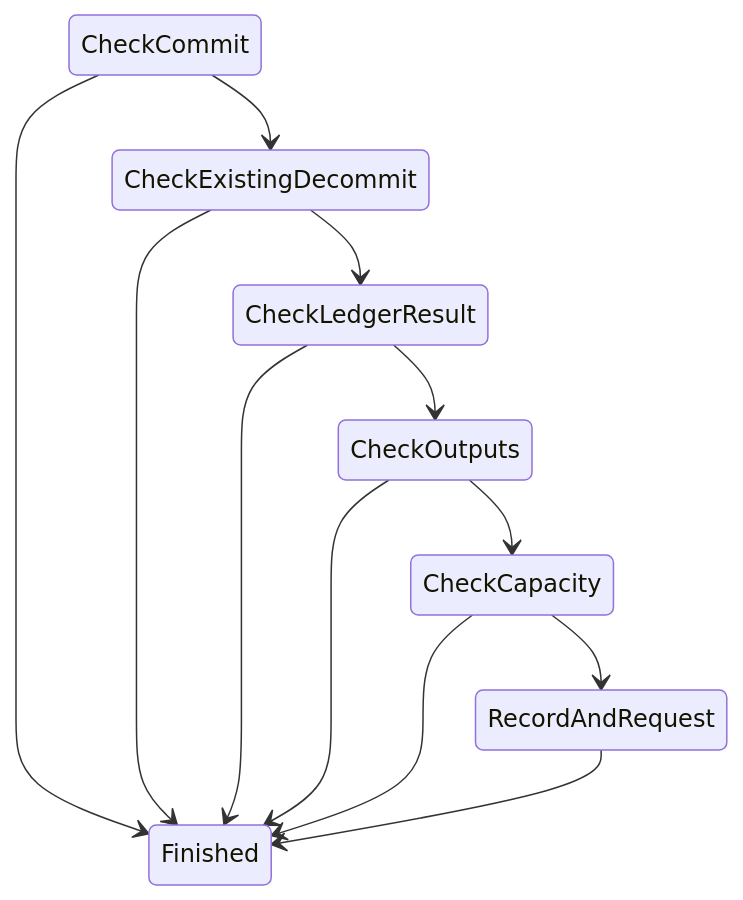
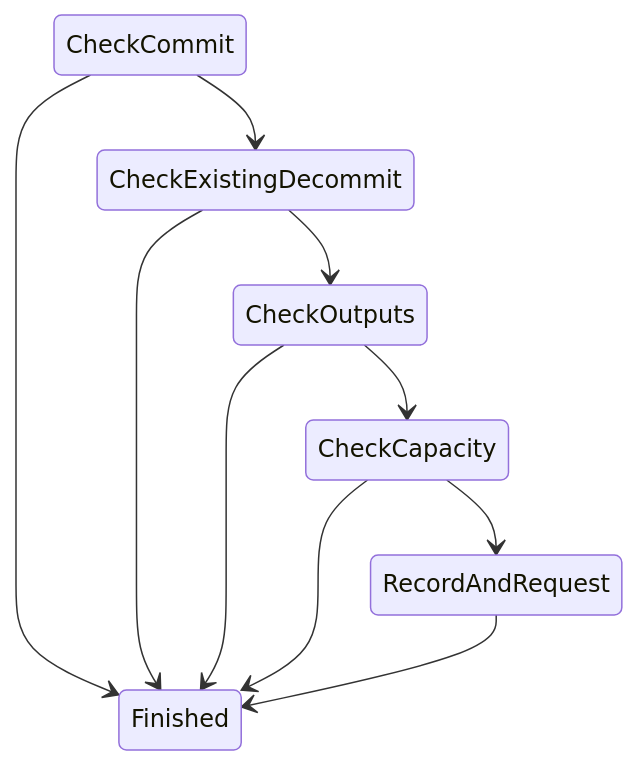
Before and after one commit to cardano-scaling/hydra: the ninth of 60 diagrams in docs/head-logic-diagrams.md, drawn with Mermaid. The commit also changed other lines of this file and 48 other files, not shown here.

````diff
--- a/docs/head-logic-diagrams.md
+++ b/docs/head-logic-diagrams.md
@@ -295,22 +289,19 @@
 ```mermaid
 stateDiagram-v2
 
 CheckCommit
 CheckExistingDecommit
-CheckLedgerResult
 CheckOutputs
 CheckCapacity
 RecordAndRequest
 Finished
 CheckCommit --> CheckExistingDecommit
 CheckCommit --> Finished
-CheckExistingDecommit --> CheckLedgerResult
+CheckExistingDecommit --> CheckOutputs
 CheckExistingDecommit --> Finished
-CheckLedgerResult --> CheckOutputs
-CheckLedgerResult --> Finished
 CheckOutputs --> CheckCapacity
 CheckOutputs --> Finished
 CheckCapacity --> RecordAndRequest
 CheckCapacity --> Finished
 RecordAndRequest --> Finished
 ```
````
